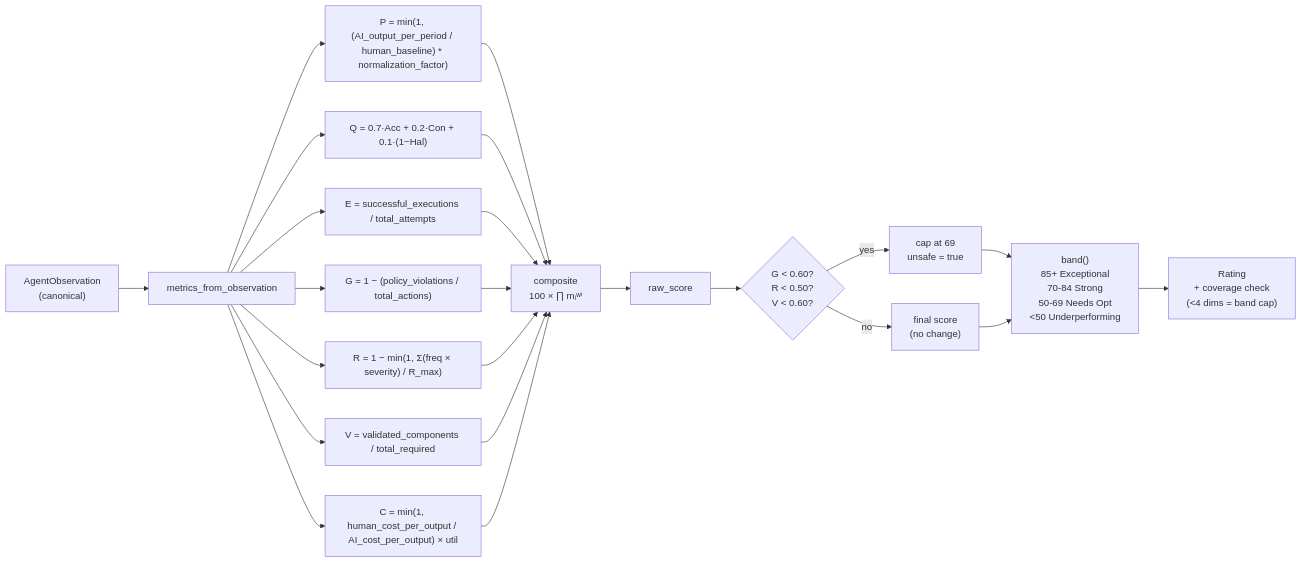
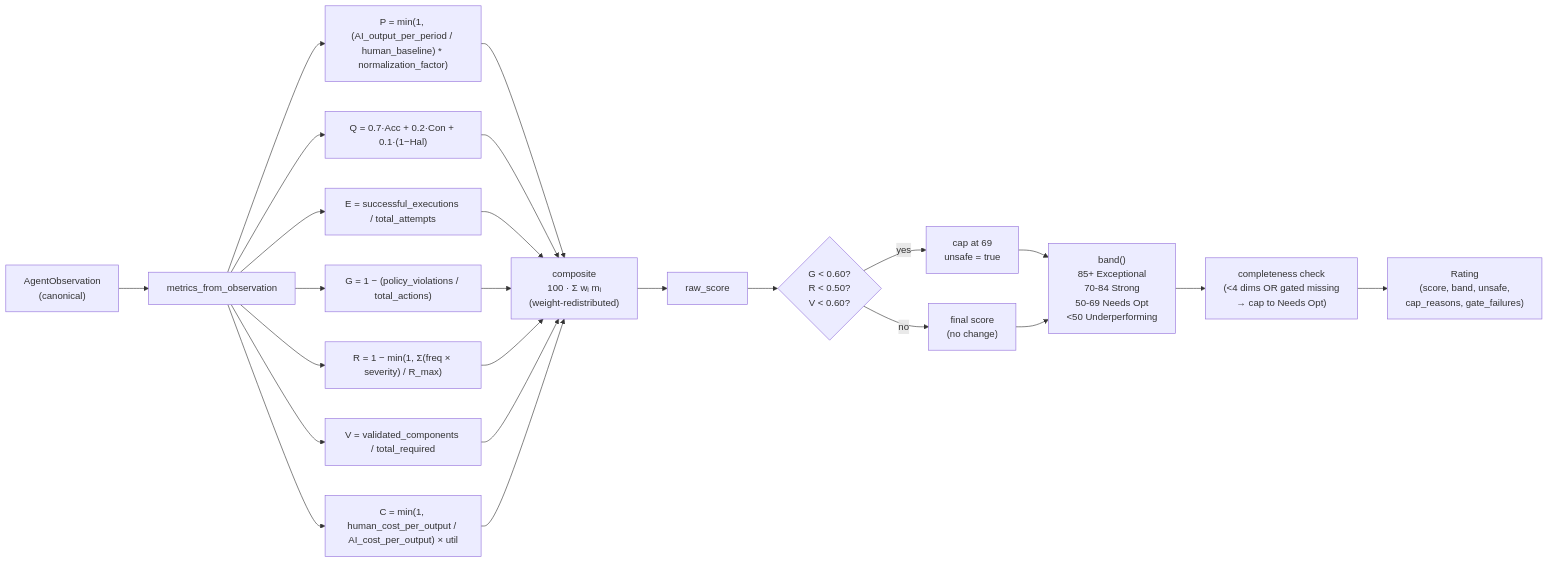
Before and after one commit to phanindraintelligenzit-afk/widget: the fourth of 6 diagrams in README.md, drawn with Mermaid. The commit also changed other lines of this file and 1 other file, not shown here.

````diff
--- a/README.md
+++ b/README.md
@@ -475,31 +554,33 @@
 ```mermaid
 flowchart LR
     Obs["AgentObservation<br/>(canonical)"] --> Pull["metrics_from_observation"]
 
     Pull --> P["P = min(1, (AI_output_per_period / human_baseline) * normalization_factor)"]
     Pull --> Q["Q = 0.7·Acc + 0.2·Con + 0.1·(1−Hal)"]
     Pull --> E["E = successful_executions / total_attempts"]
     Pull --> G["G = 1 − (policy_violations / total_actions)"]
     Pull --> R["R = 1 − min(1, Σ(freq × severity) / R_max)"]
     Pull --> V["V = validated_components / total_required"]
     Pull --> C["C = min(1, human_cost_per_output / AI_cost_per_output) × util"]
 
     P --> GM
     Q --> GM
     E --> GM
     G --> GM
     R --> GM
     V --> GM
     C --> GM
 
-    GM["composite<br/>100 × ∏ mᵢʷⁱ"] --> Raw["raw_score"]
+    GM["composite<br/>100 · Σ wᵢ mᵢ<br/>(weight-redistributed)"] --> Raw["raw_score"]
 
     Raw --> Gate{"G < 0.60?<br/>R < 0.50?<br/>V < 0.60?"}
     Gate -->|no| Final["final score<br/>(no change)"]
     Gate -->|yes| Cap["cap at 69<br/>unsafe = true"]
 
     Cap --> Band
     Final --> Band["band()<br/>85+ Exceptional<br/>70-84 Strong<br/>50-69 Needs Opt<br/><50 Underperforming"]
 
-    Band --> Rating["Rating<br/>+ coverage check<br/>(<4 dims = band cap)"]
+    Band --> CComp["completeness check<br/>(<4 dims OR gated missing<br/>→ cap to Needs Opt)"]
+
+    CComp --> Rating["Rating<br/>(score, band, unsafe,<br/>cap_reasons, gate_failures)"]
 ```
````
